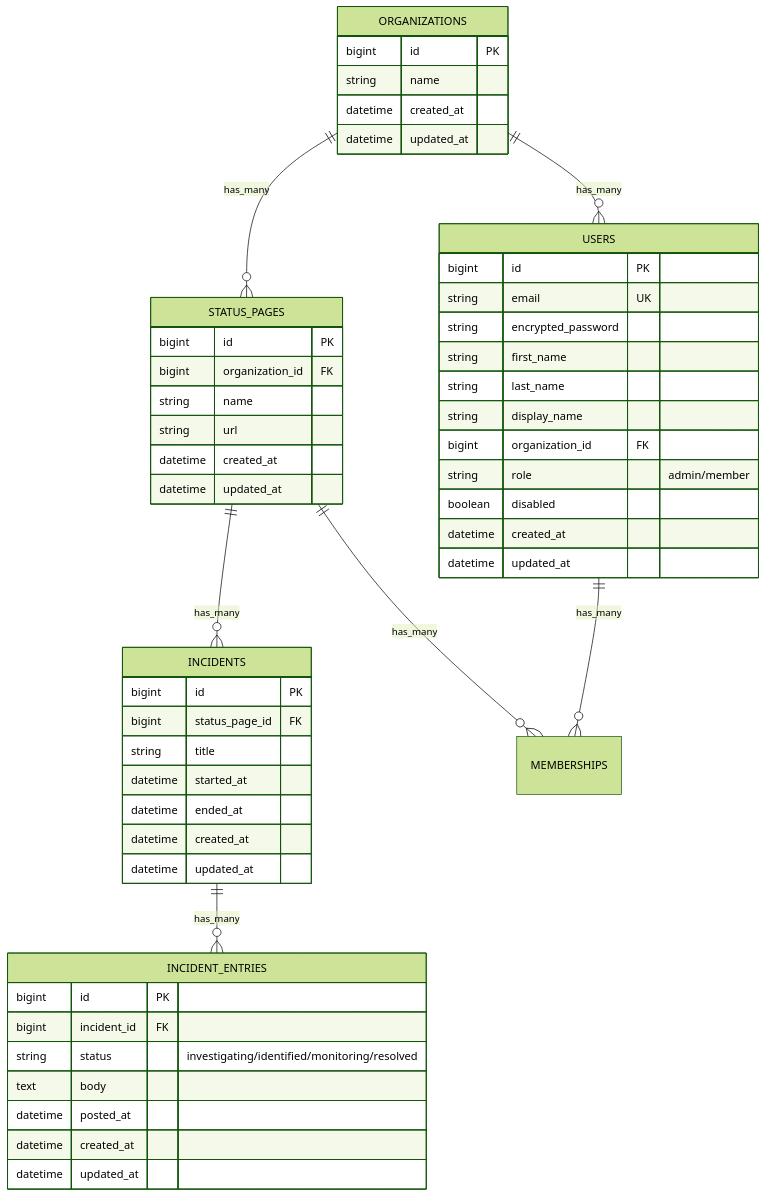
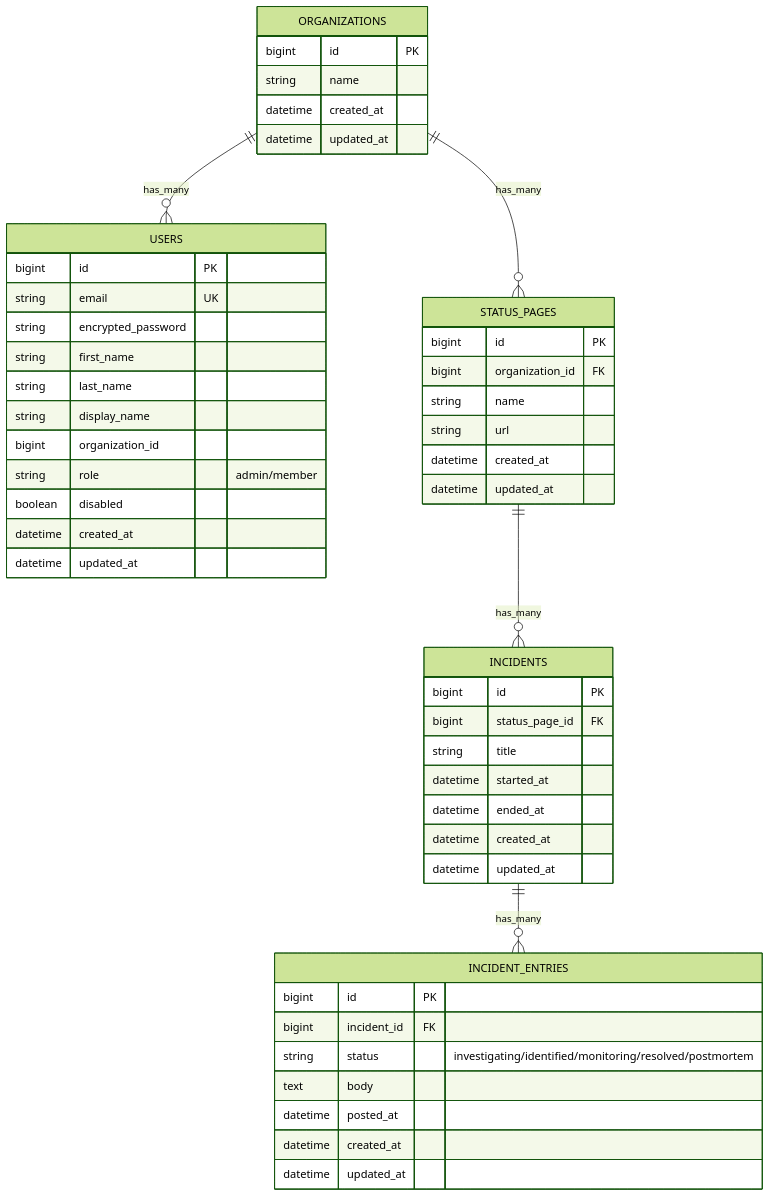
One commit to phrase-llc/solid-status changed the diagram in README.md. Above: the diagram before and after it, drawn with Mermaid (forest theme). The commit also changed other lines of this file, not shown here.

Commit message:
docs: align architecture overview with organization-level access

````diff
--- a/README.md
+++ b/README.md
@@ -47,63 +46,60 @@
 ```mermaid
 erDiagram
   ORGANIZATIONS ||--o{ USERS : has_many
   ORGANIZATIONS ||--o{ STATUS_PAGES : has_many
 
   STATUS_PAGES ||--o{ INCIDENTS : has_many
-  STATUS_PAGES ||--o{ MEMBERSHIPS : has_many
 
   INCIDENTS ||--o{ INCIDENT_ENTRIES : has_many
-
-  USERS ||--o{ MEMBERSHIPS : has_many
 
   ORGANIZATIONS {
     bigint id PK
     string name
     datetime created_at
     datetime updated_at
   }
 
   USERS {
     bigint id PK
     string email UK
     string encrypted_password
     string first_name
     string last_name
     string display_name
-    bigint organization_id FK
+    bigint organization_id
     string role "admin/member"
     boolean disabled
     datetime created_at
     datetime updated_at
   }
 
   STATUS_PAGES {
     bigint id PK
     bigint organization_id FK
     string name
     string url
     datetime created_at
     datetime updated_at
   }
 
   INCIDENTS {
     bigint id PK
     bigint status_page_id FK
     string title
     datetime started_at
     datetime ended_at
     datetime created_at
     datetime updated_at
   }
 
   INCIDENT_ENTRIES {
     bigint id PK
     bigint incident_id FK
-    string status "investigating/identified/monitoring/resolved"
+    string status "investigating/identified/monitoring/resolved/postmortem"
     text body
     datetime posted_at
     datetime created_at
     datetime updated_at
   }
 
 ```
````
